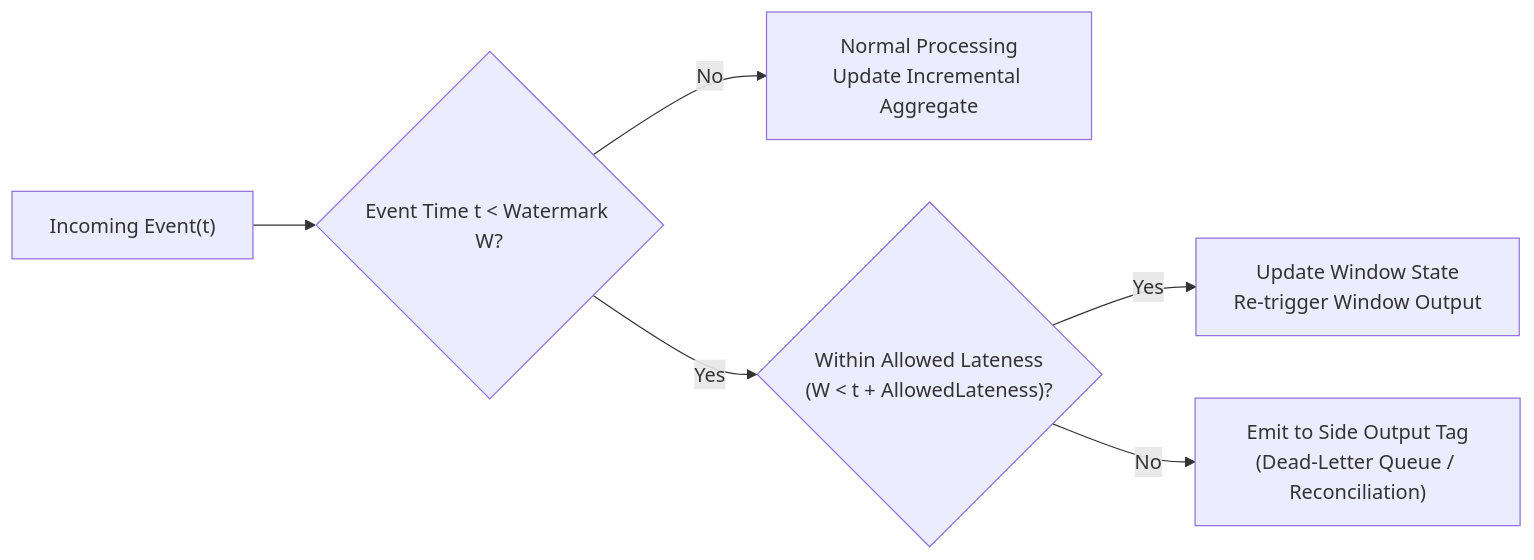
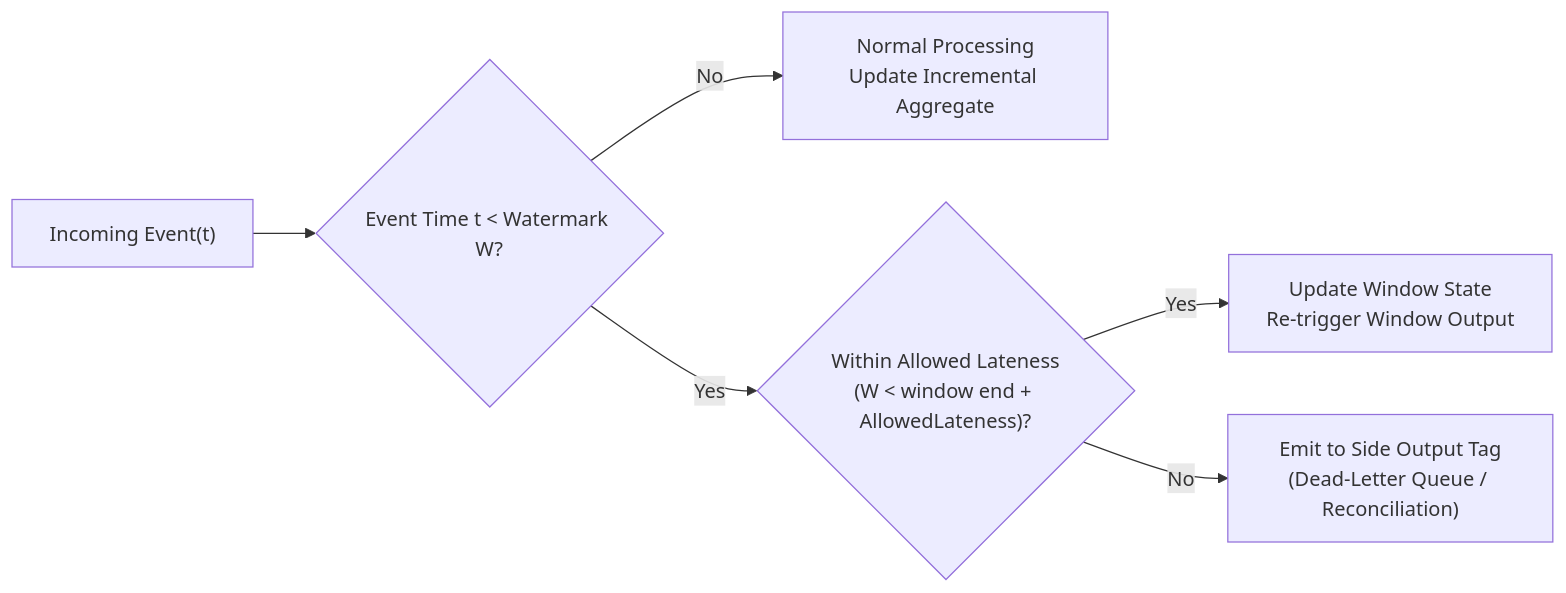
One commit to azusachino/harus-blog changed the sixth of 6 diagrams in docs/tech/series/flink/02.time-and-watermarks.md. Above: the diagram before and after it, drawn with Mermaid. The commit also changed other lines of this file and 140 other files, not shown here.

````diff
--- a/docs/tech/series/flink/02.time-and-watermarks.md
+++ b/docs/tech/series/flink/02.time-and-watermarks.md
@@ -165,8 +168,8 @@
 ```mermaid
 flowchart LR
     Event["Incoming Event(t)"] --> Check{"Event Time t < Watermark W?"}
     Check -- No --> Normal["Normal Processing\nUpdate Incremental Aggregate"]
-    Check -- Yes --> LateCheck{"Within Allowed Lateness\n(W < t + AllowedLateness)?"}
+    Check -- Yes --> LateCheck{"Within Allowed Lateness\n(W < window end + AllowedLateness)?"}
     LateCheck -- Yes --> Grace["Update Window State\nRe-trigger Window Output"]
     LateCheck -- No --> SideOutput["Emit to Side Output Tag\n(Dead-Letter Queue / Reconciliation)"]
 ```
````
